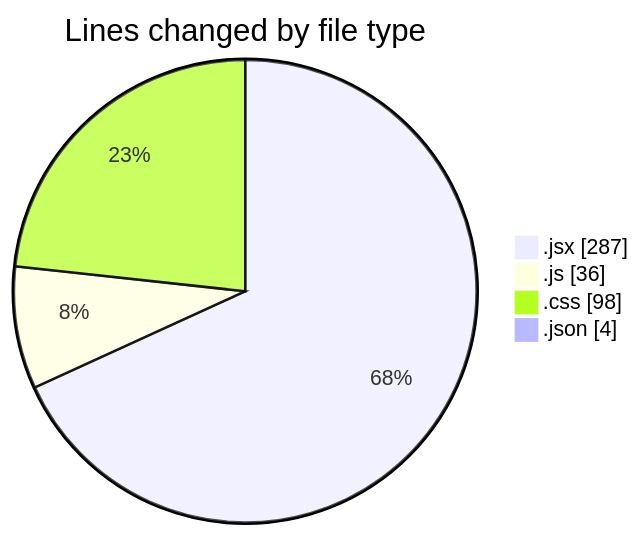
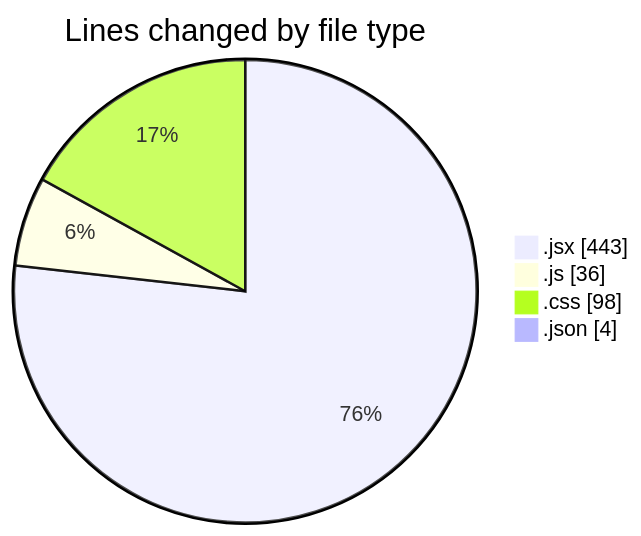
One commit to Elitesun/code-tracking changed the first of 2 diagrams in 2025-03-09/elitesgpt/README.md. Above: the diagram before and after it, drawn with Mermaid. The commit also changed other lines of this file and 1 other file, not shown here.

````diff
--- a/2025-03-09/elitesgpt/README.md
+++ b/2025-03-09/elitesgpt/README.md
@@ -26,8 +26,8 @@
 ```mermaid
 pie showData
 title Lines changed by file type
-".jsx" : 287
+".jsx" : 443
 ".js" : 36
 ".css" : 98
 ".json" : 4
 ```
````
